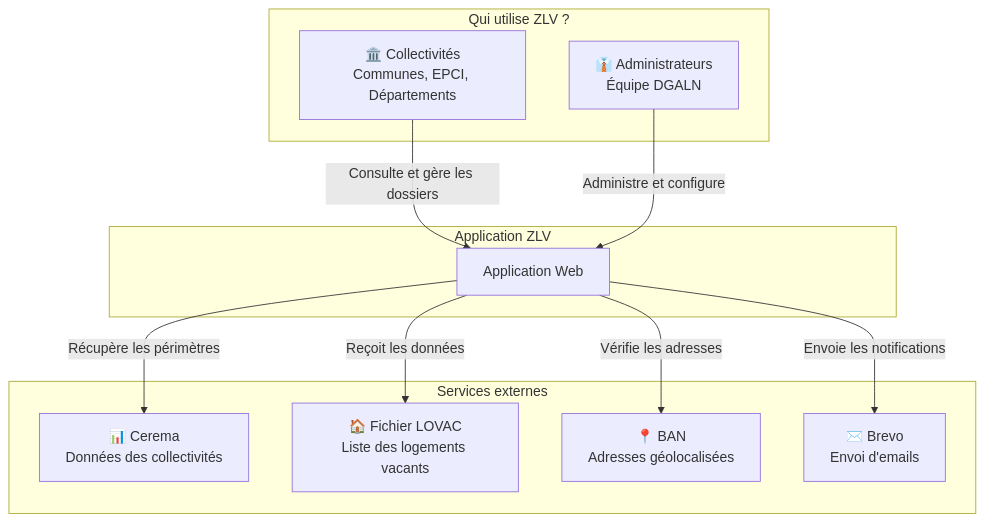
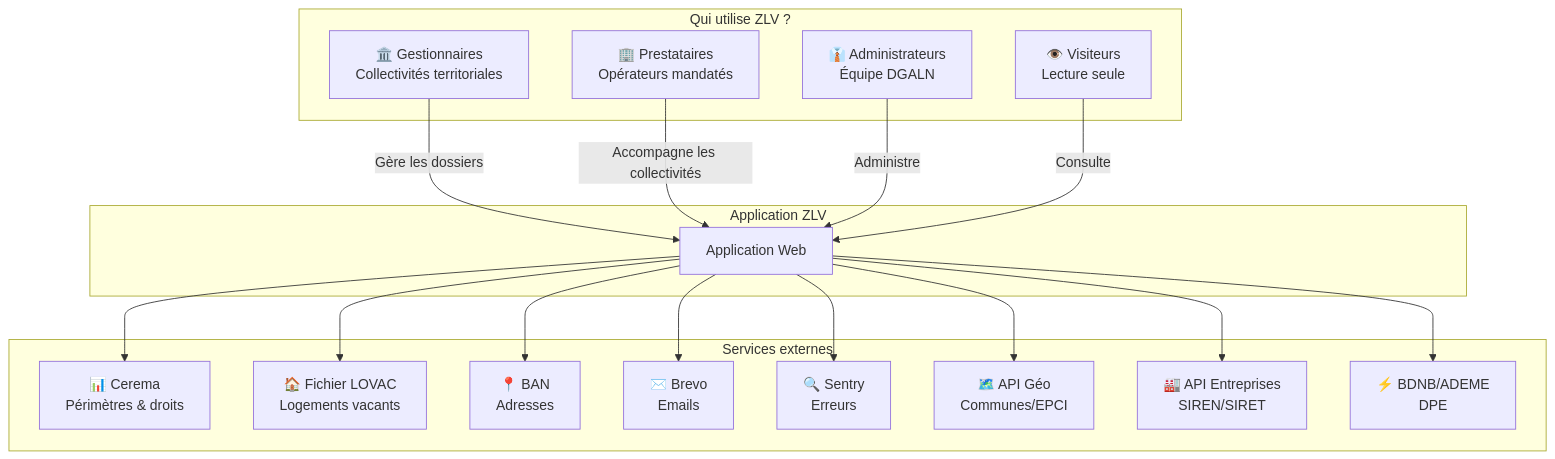
Before and after one commit to MTES-MCT/zero-logement-vacant: the second of 6 diagrams in docs/technical/DAT-Dossier-Architecture-Technique.md, drawn with Mermaid. The commit also changed other lines of this file and 3 other files, not shown here.

````diff
--- a/docs/technical/DAT-Dossier-Architecture-Technique.md
+++ b/docs/technical/DAT-Dossier-Architecture-Technique.md
@@ -125,25 +128,37 @@
 ```mermaid
 flowchart TB
     subgraph Utilisateurs["Qui utilise ZLV ?"]
-        Coll[🏛️ Collectivités<br/>Communes, EPCI, Départements]
+        Gest[🏛️ Gestionnaires<br/>Collectivités territoriales]
+        Prest[🏢 Prestataires<br/>Opérateurs mandatés]
         Admin[👔 Administrateurs<br/>Équipe DGALN]
+        Visitor[👁️ Visiteurs<br/>Lecture seule]
     end
 
     subgraph Systeme["Application ZLV"]
         App[Application Web]
     end
 
     subgraph Externes["Services externes"]
-        Cerema[📊 Cerema<br/>Données des collectivités]
-        LOVAC[🏠 Fichier LOVAC<br/>Liste des logements vacants]
-        BAN[📍 BAN<br/>Adresses géolocalisées]
-        Brevo[✉️ Brevo<br/>Envoi d'emails]
+        Cerema[📊 Cerema<br/>Périmètres & droits]
+        LOVAC[🏠 Fichier LOVAC<br/>Logements vacants]
+        BAN[📍 BAN<br/>Adresses]
+        Brevo[✉️ Brevo<br/>Emails]
+        Sentry[🔍 Sentry<br/>Erreurs]
+        GeoAPI[🗺️ API Géo<br/>Communes/EPCI]
+        EntAPI[🏭 API Entreprises<br/>SIREN/SIRET]
+        BDNB[⚡ BDNB/ADEME<br/>DPE]
     end
 
-    Coll -->|Consulte et gère les dossiers| App
-    Admin -->|Administre et configure| App
-    App -->|Récupère les périmètres| Cerema
-    App -->|Reçoit les données| LOVAC
-    App -->|Vérifie les adresses| BAN
-    App -->|Envoie les notifications| Brevo
+    Gest -->|Gère les dossiers| App
+    Prest -->|Accompagne les collectivités| App
+    Admin -->|Administre| App
+    Visitor -->|Consulte| App
+    App --> Cerema
+    App --> LOVAC
+    App --> BAN
+    App --> Brevo
+    App --> Sentry
+    App --> GeoAPI
+    App --> EntAPI
+    App --> BDNB
 ```
````
